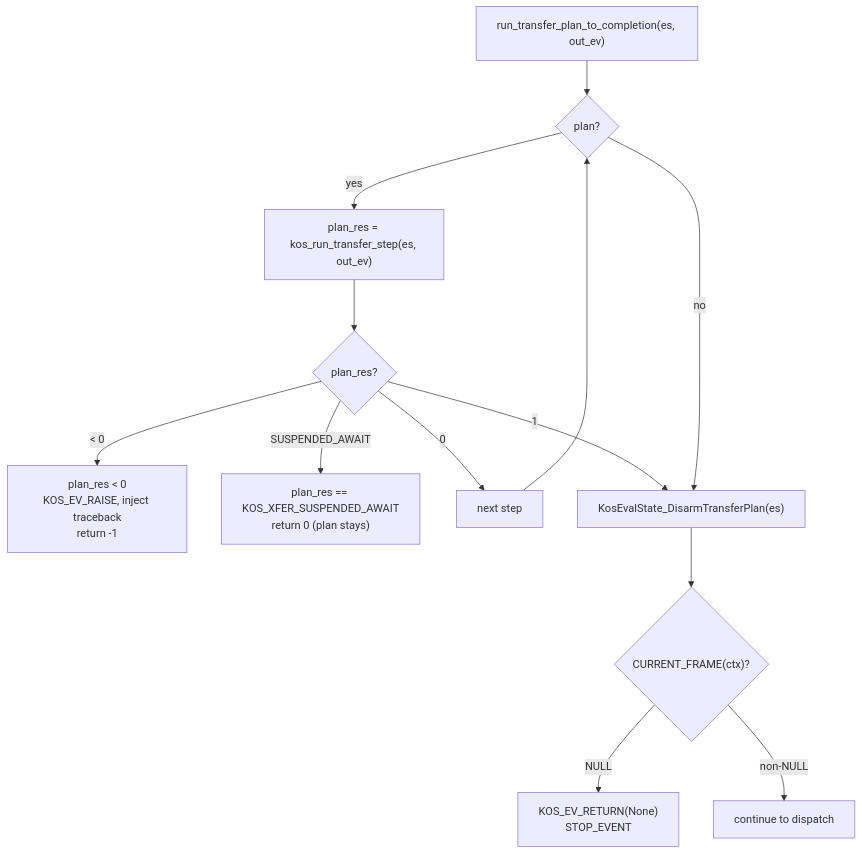
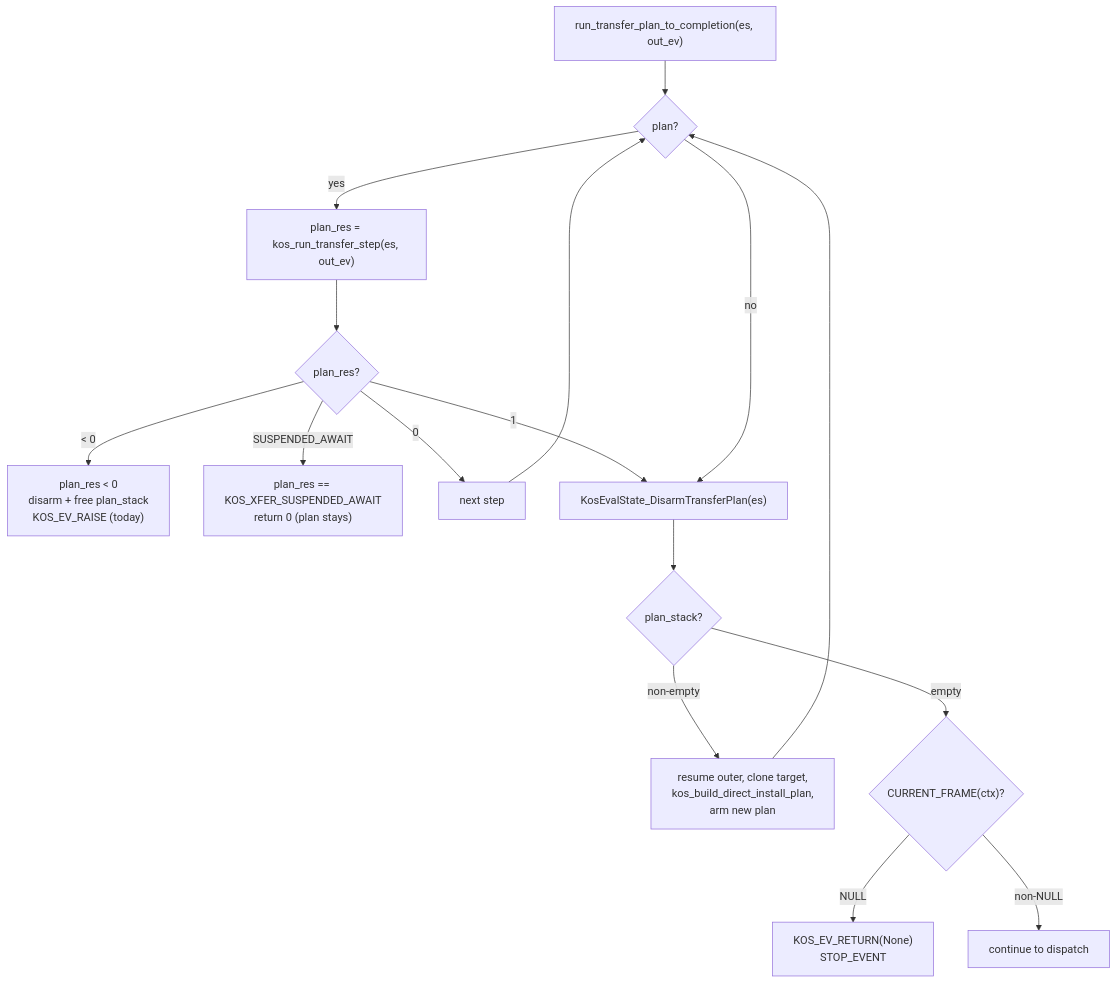
The fourth of 11 diagrams in design/EVALUATOR.md (koskari-lang/koskari), drawn with Mermaid before and after one commit. The commit also changed other lines of this file and 2 other files, not shown here.

First line of the commit message:
Document transfer plan redirect and in-place migration model.

````diff
--- a/design/EVALUATOR.md
+++ b/design/EVALUATOR.md
@@ -261,26 +261,31 @@
 ```mermaid
 flowchart TD
     start["run_transfer_plan_to_completion(es, out_ev)"]
     has_plan{"plan?"}
     step["plan_res = kos_run_transfer_step(es, out_ev)"]
     step_check{"plan_res?"}
-    fail["plan_res < 0<br/>KOS_EV_RAISE, inject traceback<br/>return -1"]
+    fail["plan_res < 0<br/>disarm + free plan_stack<br/>KOS_EV_RAISE (today)"]
     suspend["plan_res == KOS_XFER_SUSPENDED_AWAIT<br/>return 0 (plan stays)"]
     next_step["next step"]
     clear["KosEvalState_DisarmTransferPlan(es)"]
+    stack_check{"plan_stack?"}
+    replan["resume outer, clone target,<br/>kos_build_direct_install_plan,<br/>arm new plan"]
     frame_check{"CURRENT_FRAME(ctx)?"}
     ret_none["KOS_EV_RETURN(None)<br/>STOP_EVENT"]
 
     start --> has_plan
     has_plan -->|yes| step
     step --> step_check
     step_check -->|< 0| fail
     step_check -->|SUSPENDED_AWAIT| suspend
     step_check -->|1| clear
     step_check -->|0| next_step
     next_step --> has_plan
     has_plan -->|no| clear
-    clear --> frame_check
+    clear --> stack_check
+    stack_check -->|non-empty| replan
+    replan --> has_plan
+    stack_check -->|empty| frame_check
     frame_check -->|NULL| ret_none
     frame_check -->|non-NULL| loop_next["continue to dispatch"]
 ```
````
